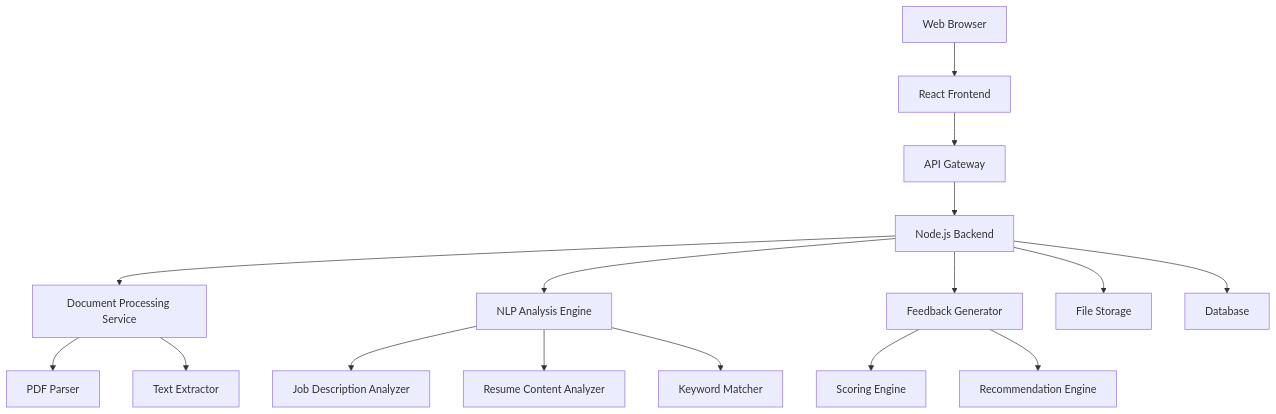
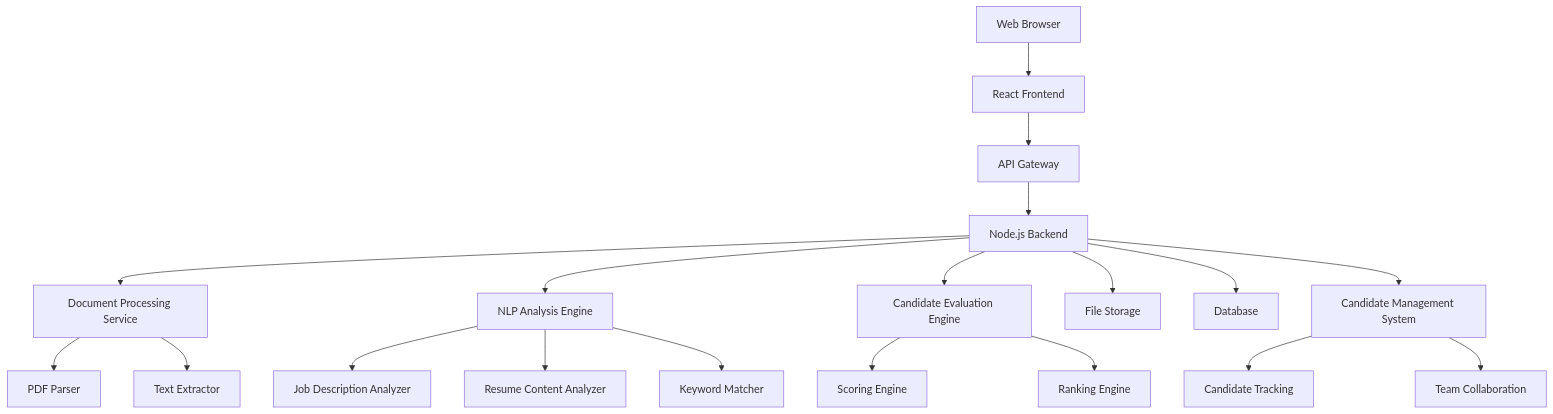
The diagram in .kiro/specs/resume-review-tool/design.md (lucaswhitaker22/ramp-resume-tool), drawn with Mermaid before and after one commit. The commit also changed other lines of this file and 22 other files, not shown here.

````diff
--- a/.kiro/specs/resume-review-tool/design.md
+++ b/.kiro/specs/resume-review-tool/design.md
@@ -13,19 +13,22 @@
 ```mermaid
 graph TB
     A[Web Browser] --> B[React Frontend]
     B --> C[API Gateway]
     C --> D[Node.js Backend]
     D --> E[Document Processing Service]
     D --> F[NLP Analysis Engine]
-    D --> G[Feedback Generator]
+    D --> G[Candidate Evaluation Engine]
     D --> H[File Storage]
     D --> I[Database]
+    D --> J[Candidate Management System]
     
-    E --> J[PDF Parser]
-    E --> K[Text Extractor]
-    F --> L[Job Description Analyzer]
-    F --> M[Resume Content Analyzer]
-    F --> N[Keyword Matcher]
-    G --> O[Scoring Engine]
-    G --> P[Recommendation Engine]
+    E --> K[PDF Parser]
+    E --> L[Text Extractor]
+    F --> M[Job Description Analyzer]
+    F --> N[Resume Content Analyzer]
+    F --> O[Keyword Matcher]
+    G --> P[Scoring Engine]
+    G --> Q[Ranking Engine]
+    J --> R[Candidate Tracking]
+    J --> S[Team Collaboration]
 ```
````
